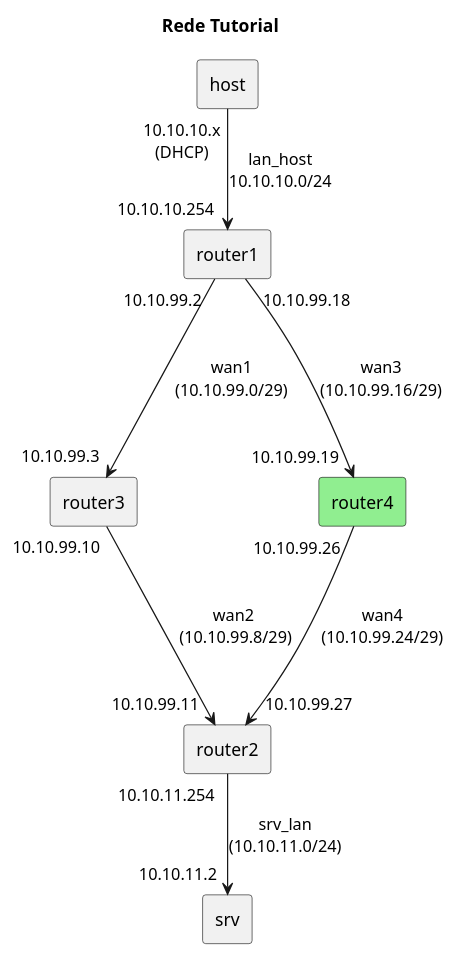
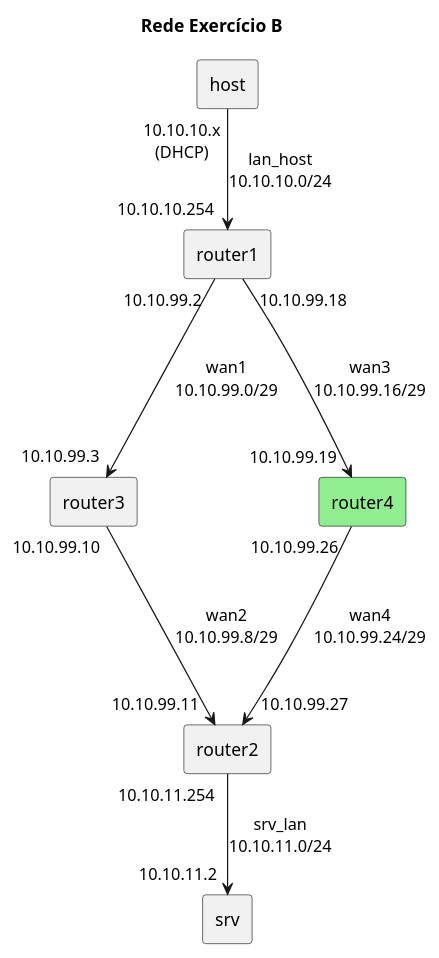
The first of 2 diagrams in network_02_exB.puml (SpirTBBX/SISTCA-1220956-1221092-1221708-1211104), drawn with PlantUML before and after one commit. The commit also changed other lines of this file and 6 other files, not shown here.

```diff
--- a/network_02_exB.puml
+++ b/network_02_exB.puml
@@ -1,32 +1,32 @@
 @startuml
 ' https://plantuml.com/component-diagram
 
-title Rede Tutorial
+title Rede Exercício B
 
 rectangle "host" as Host
 rectangle "router1" as Router1
 rectangle "router3" as Router3
 rectangle "router2" as Router2
 rectangle "router4" as Router4 #LightGreen
 rectangle "srv" as Server
 rectangle " " as Spacer1
 rectangle " " as Spacer2
 
 
 Host "10.10.10.x\n(DHCP)" --> "10.10.10.254" Router1 : "lan_host\n10.10.10.0/24"
 
-Router1 "10.10.99.2" ---> "10.10.99.3" Router3 : wan1\n(10.10.99.0/29)
-Router3 "10.10.99.10"  ---> "10.10.99.11" Router2 : wan2\n (10.10.99.8/29)
-Router1 "10.10.99.18" ---> "10.10.99.19" Router4 : wan3\n(10.10.99.16/29)
-Router4 "10.10.99.26" ---> "10.10.99.27" Router2 : wan4\n(10.10.99.24/29)
+Router1 "10.10.99.2" ---> "10.10.99.3" Router3 : wan1\n10.10.99.0/29
+Router3 "10.10.99.10"  ---> "10.10.99.11" Router2 : wan2\n10.10.99.8/29
+Router1 "10.10.99.18" ---> "10.10.99.19" Router4 : wan3\n10.10.99.16/29
+Router4 "10.10.99.26" ---> "10.10.99.27" Router2 : wan4\n10.10.99.24/29
 
-Router2 "10.10.11.254" --> "10.10.11.2" Server : srv_lan\n(10.10.11.0/24)
+Router2 "10.10.11.254" --> "10.10.11.2" Server : srv_lan\n10.10.11.0/24
 
 Router3 -right- Spacer1
 Spacer1 -right- Spacer2
 Spacer2 -right- Router4
 
 hide Spacer1
 hide Spacer2
 
 @enduml
```
